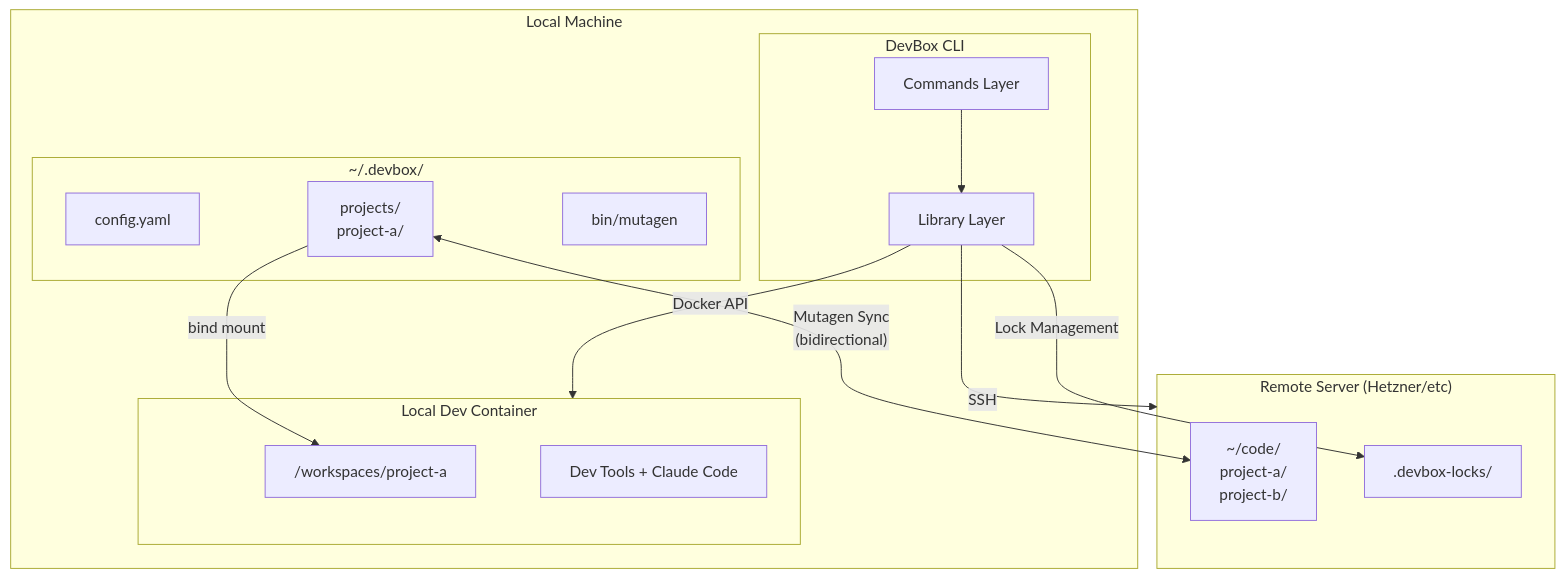
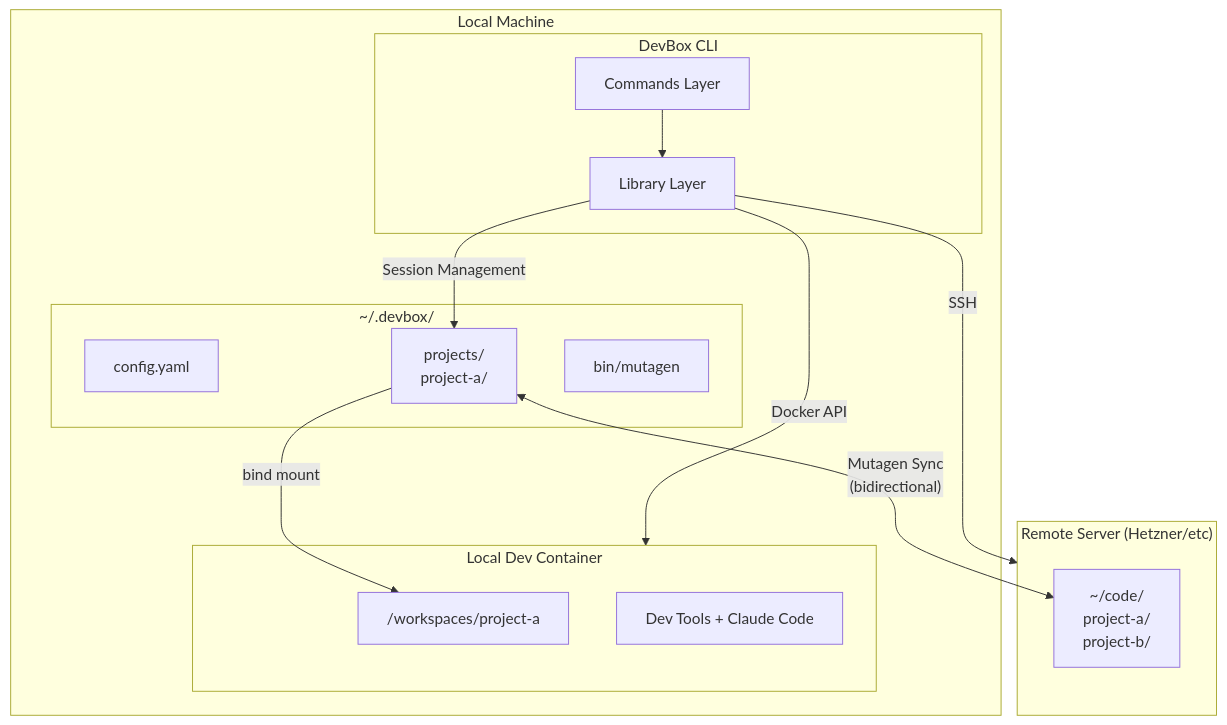
Before and after one commit to NoorXLabs/SkyBox: the first of 2 diagrams in docs/architecture/index.md, drawn with Mermaid. The commit also changed other lines of this file and 47 other files, not shown here.

First line of the commit message:
refactor: replace remote locks with local session system

````diff
--- a/docs/architecture/index.md
+++ b/docs/architecture/index.md
@@ -9,32 +9,31 @@
 ```mermaid
 flowchart TB
     subgraph Remote["Remote Server (Hetzner/etc)"]
         RemoteCode["~/code/<br/>project-a/<br/>project-b/"]
-        Locks[".devbox-locks/"]
     end
 
     subgraph Local["Local Machine"]
         subgraph CLI["DevBox CLI"]
             Commands["Commands Layer"]
             Libs["Library Layer"]
         end
 
         subgraph Projects["~/.devbox/"]
             Config["config.yaml"]
             LocalProjects["projects/<br/>project-a/"]
             Bin["bin/mutagen"]
         end
 
         subgraph Container["Local Dev Container"]
             Workspace["/workspaces/project-a"]
             Tools["Dev Tools + Claude Code"]
         end
     end
 
     Commands --> Libs
     Libs -->|"SSH"| Remote
     Libs -->|"Docker API"| Container
     LocalProjects <-->|"Mutagen Sync<br/>(bidirectional)"| RemoteCode
     LocalProjects -->|"bind mount"| Workspace
-    Libs -->|"Lock Management"| Locks
+    Libs -->|"Session Management"| LocalProjects
 ```
````
